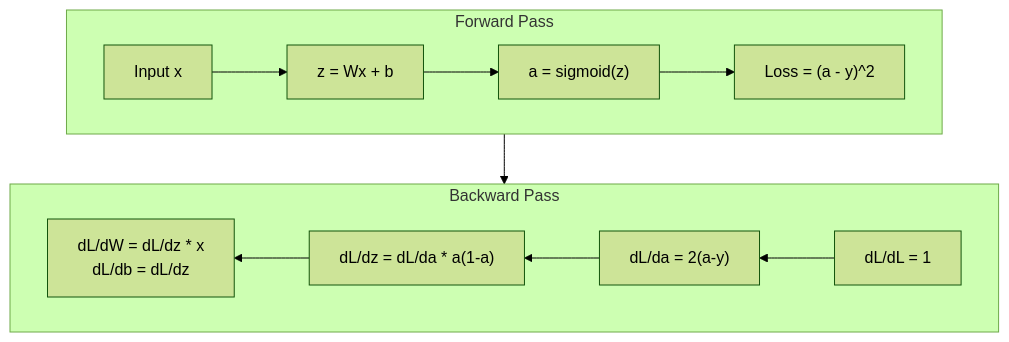
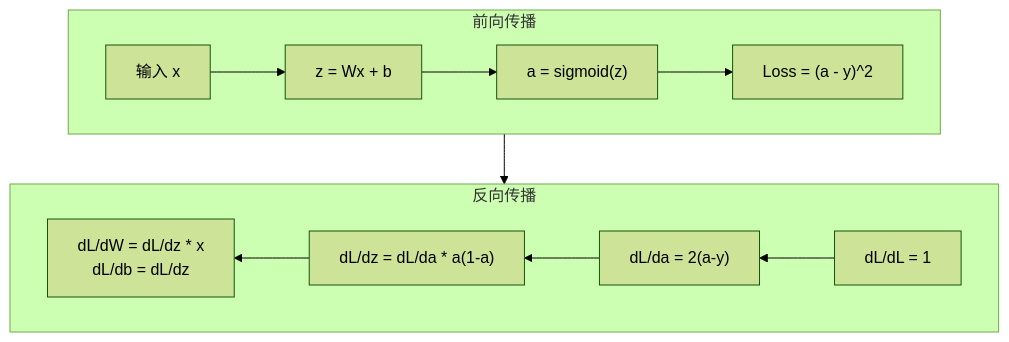
The second of 3 diagrams in phases/03-deep-learning-core/03-backpropagation/docs/zh.md (JerryC8080/ai-engineering-from-scratch-zh), drawn with Mermaid (forest theme) before and after one commit. The commit also changed other lines of this file and 156 other files, not shown here.

First line of the commit message:
i18n(zh): translate mermaid diagram labels in 157 lesson zh.md

````diff
--- a/phases/03-deep-learning-core/03-backpropagation/docs/zh.md
+++ b/phases/03-deep-learning-core/03-backpropagation/docs/zh.md
@@ -58,16 +58,16 @@
 ```mermaid
 graph TB
-    subgraph Forward["Forward Pass"]
+    subgraph Forward["前向传播"]
         direction LR
-        f1["Input x"] --> f2["z = Wx + b"]
+        f1["输入 x"] --> f2["z = Wx + b"]
         f2 --> f3["a = sigmoid(z)"]
         f3 --> f4["Loss = (a - y)^2"]
     end
-    subgraph Backward["Backward Pass"]
+    subgraph Backward["反向传播"]
         direction RL
         b4["dL/dL = 1"] --> b3["dL/da = 2(a-y)"]
         b3 --> b2["dL/dz = dL/da * a(1-a)"]
         b2 --> b1["dL/dW = dL/dz * x\ndL/db = dL/dz"]
     end
     Forward --> Backward
 ```
````
